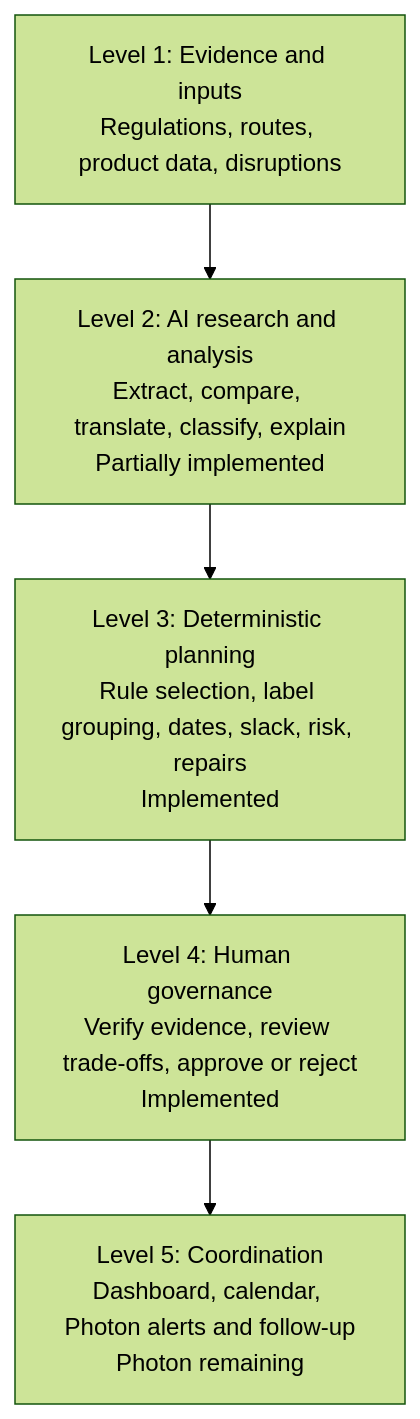
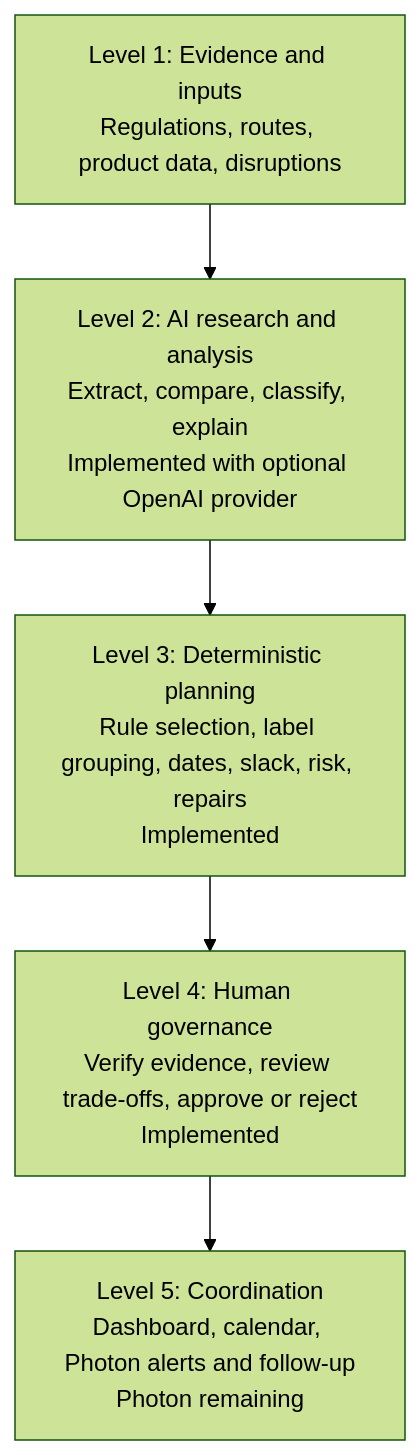
Before and after one commit to oliverywu/ClearPath: the first of 2 diagrams in README.md, drawn with Mermaid (forest theme). The commit also changed other lines of this file and 10 other files, not shown here.

Commit message:
Implement AI research and change analysis

````diff
--- a/README.md
+++ b/README.md
@@ -9,10 +9,10 @@
 ```mermaid
 flowchart TB
     L1["Level 1: Evidence and inputs<br/>Regulations, routes, product data, disruptions"]
-    L2["Level 2: AI research and analysis<br/>Extract, compare, translate, classify, explain<br/>Partially implemented"]
+    L2["Level 2: AI research and analysis<br/>Extract, compare, classify, explain<br/>Implemented with optional OpenAI provider"]
     L3["Level 3: Deterministic planning<br/>Rule selection, label grouping, dates, slack, risk, repairs<br/>Implemented"]
     L4["Level 4: Human governance<br/>Verify evidence, review trade-offs, approve or reject<br/>Implemented"]
     L5["Level 5: Coordination<br/>Dashboard, calendar, Photon alerts and follow-up<br/>Photon remaining"]
 
     L1 --> L2 --> L3 --> L4 --> L5
 ```
````
